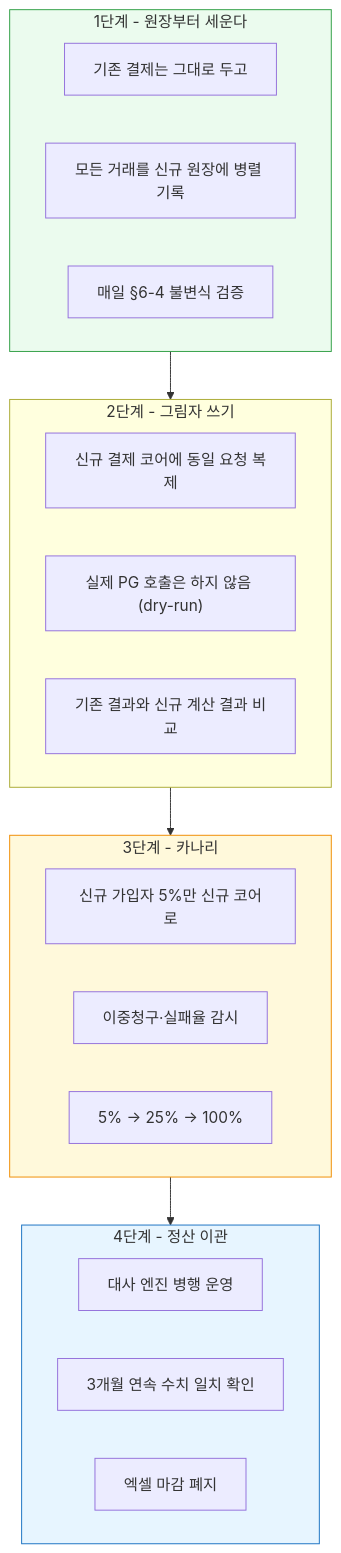
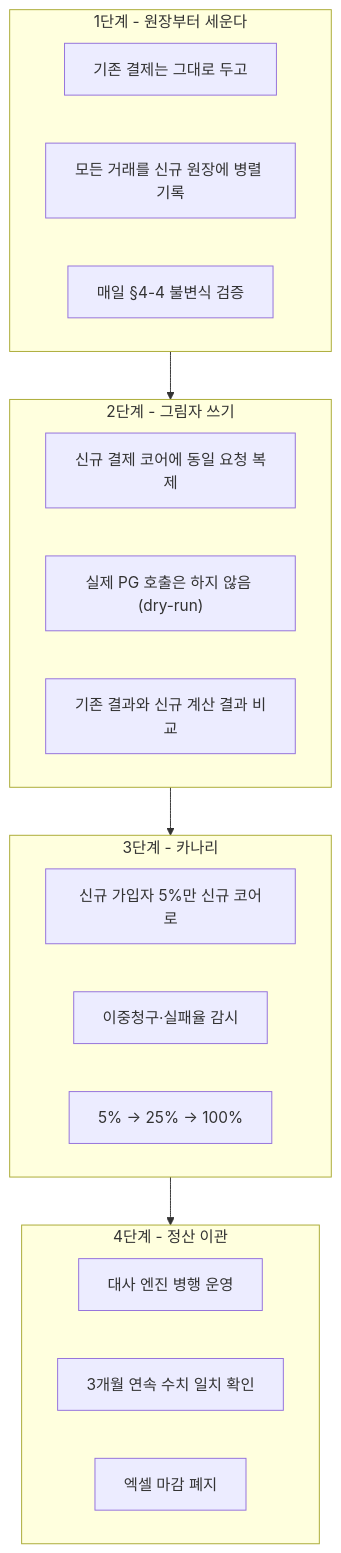
Before and after one commit to withwooyong/withwooyong.github.io: diagram 15 of 17 in pages/product-lead-loadmap/02_결제정산.md, drawn with Mermaid. The commit also changed other lines of this file and 16 other files, not shown here.

````diff
--- a/pages/product-lead-loadmap/02_결제정산.md
+++ b/pages/product-lead-loadmap/02_결제정산.md
@@ -1128,32 +1147,28 @@
 ```mermaid
-flowchart TB
+flowchart TD
     subgraph S1["1단계 - 원장부터 세운다"]
         A1["기존 결제는 그대로 두고"]
         A2["모든 거래를 신규 원장에 병렬 기록"]
-        A3["매일 §6-4 불변식 검증"]
+        A3["매일 §4-4 불변식 검증"]
     end
 
     subgraph S2["2단계 - 그림자 쓰기"]
         B1["신규 결제 코어에 동일 요청 복제"]
         B2["실제 PG 호출은 하지 않음 (dry-run)"]
         B3["기존 결과와 신규 계산 결과 비교"]
     end
 
     subgraph S3["3단계 - 카나리"]
         C1["신규 가입자 5%만 신규 코어로"]
         C2["이중청구·실패율 감시"]
         C3["5% → 25% → 100%"]
     end
 
     subgraph S4["4단계 - 정산 이관"]
         D1["대사 엔진 병행 운영"]
         D2["3개월 연속 수치 일치 확인"]
         D3["엑셀 마감 폐지"]
     end
 
     S1 --> S2 --> S3 --> S4
-
-    style S1 fill:#ebfbee,stroke:#2f9e44
-    style S3 fill:#fff9db,stroke:#f08c00
-    style S4 fill:#e7f5ff,stroke:#1971c2
 ```
````
